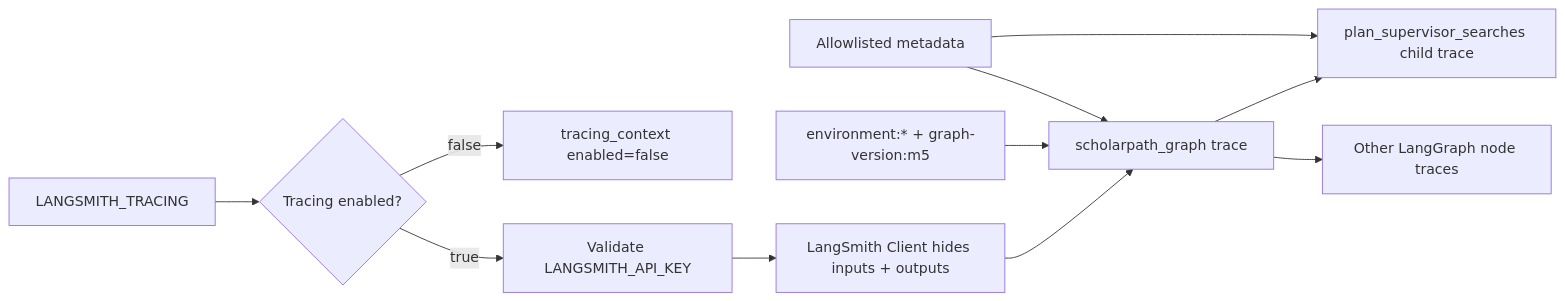
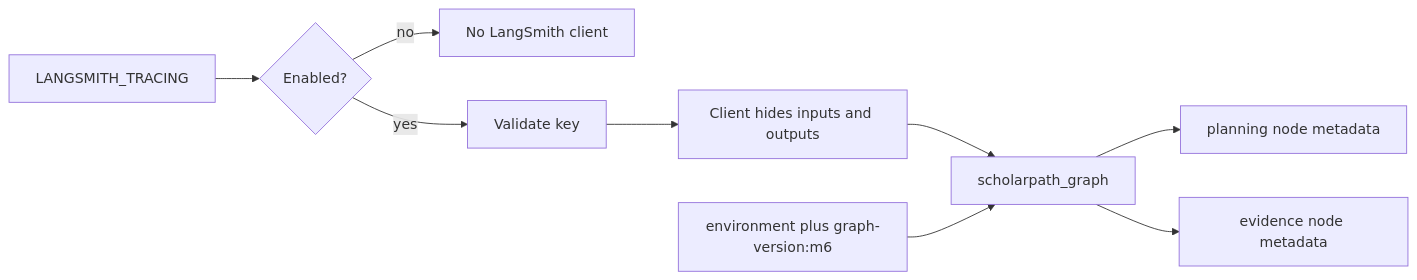
One commit to shanly-rajan/ai-builder changed diagram 12 of 14 in projects/scholar-path/docs/architecture.md. Above: the diagram before and after it, drawn with Mermaid. The commit also changed other lines of this file and 57 other files, not shown here.

Commit message:
feat: add Supervisor evidence extraction and verification

````diff
--- a/projects/scholar-path/docs/architecture.md
+++ b/projects/scholar-path/docs/architecture.md
@@ -284,13 +391,11 @@
 ```mermaid
 flowchart LR
-    Env[LANGSMITH_TRACING] --> Scope{Tracing enabled?}
-    Scope -->|false| Disabled[tracing_context enabled=false]
-    Scope -->|true| Key[Validate LANGSMITH_API_KEY]
-    Key --> Client[LangSmith Client hides inputs + outputs]
-    Client --> Root[scholarpath_graph trace]
-    Root --> Node[plan_supervisor_searches child trace]
-    Root --> Other[Other LangGraph node traces]
-    Tags[environment:* + graph-version:m5] --> Root
-    Metadata[Allowlisted metadata] --> Root
-    Metadata --> Node
+    Env[LANGSMITH_TRACING] --> Enabled{Enabled?}
+    Enabled -->|no| Off[No LangSmith client]
+    Enabled -->|yes| Key[Validate key]
+    Key --> Client[Client hides inputs and outputs]
+    Client --> Root[scholarpath_graph]
+    Root --> PlanTrace[planning node metadata]
+    Root --> EvidenceTrace[evidence node metadata]
+    Tags[environment plus graph-version:m6] --> Root
 ```
````
